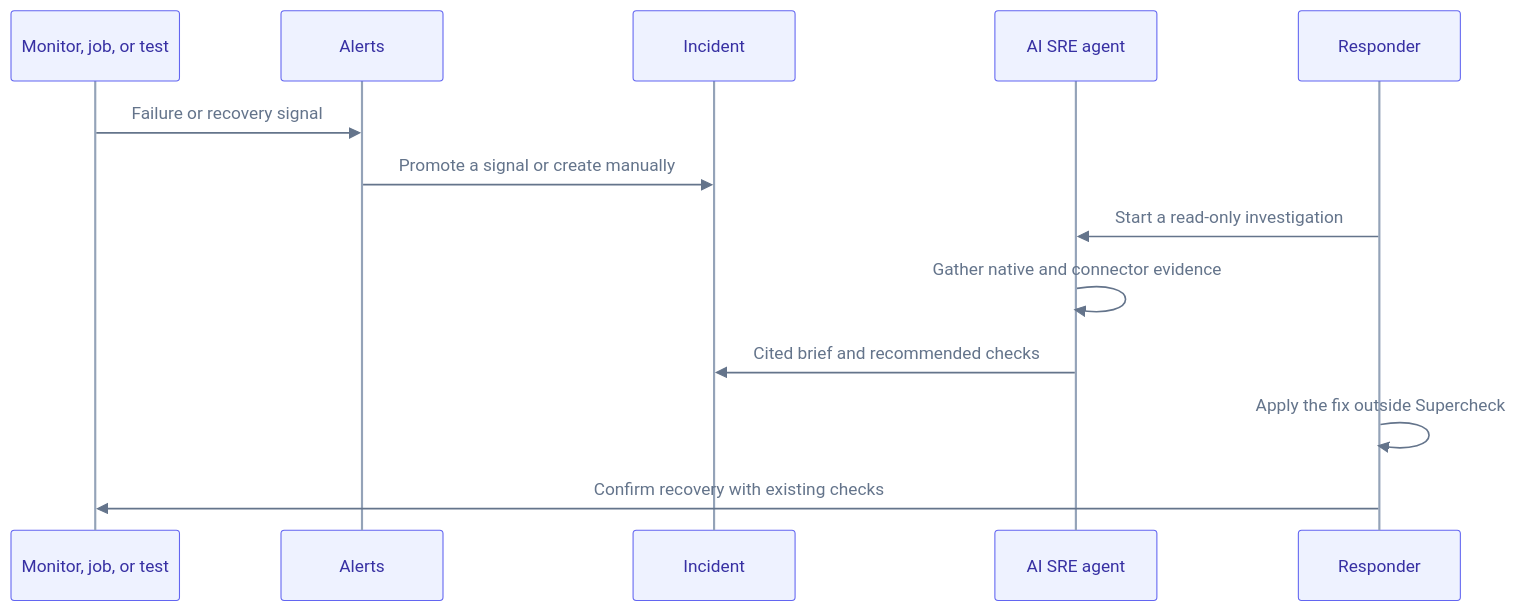
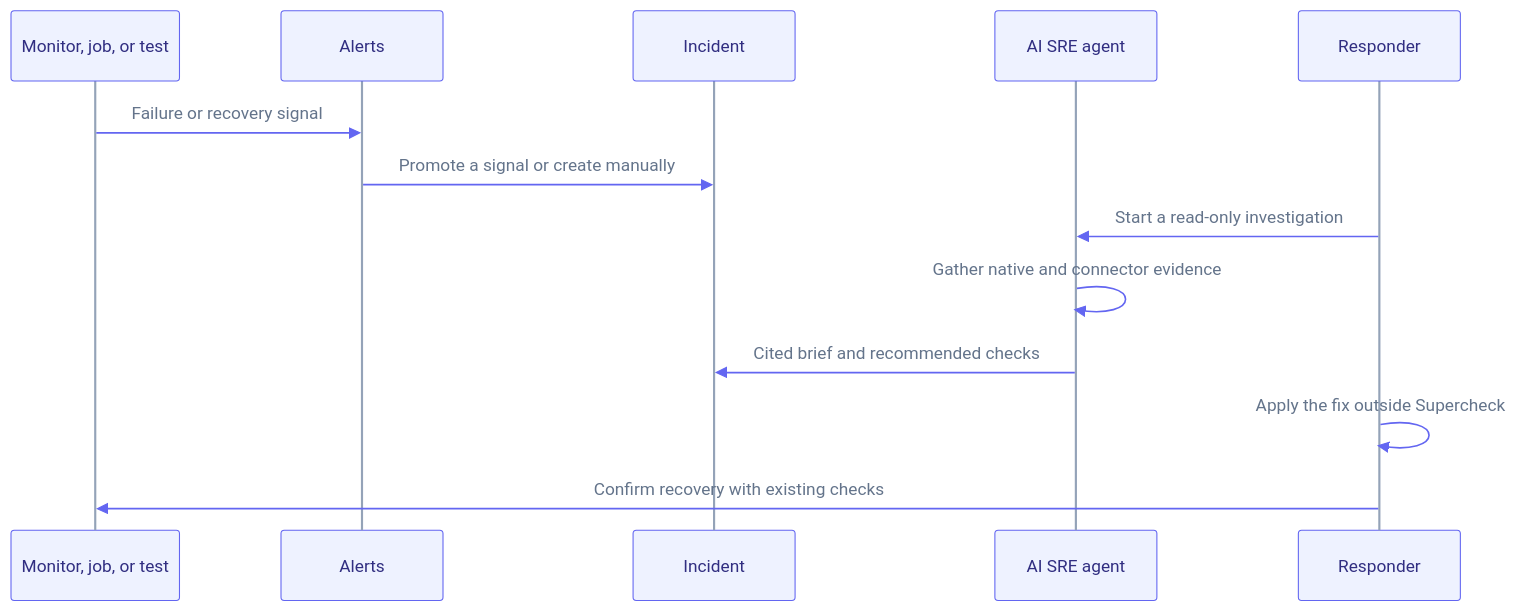
The second of 2 diagrams in docs/content/docs/app/investigate/index.mdx (supercheck-io/supercheck), drawn with Mermaid before and after one commit. The commit also changed other lines of this file and 17 other files, not shown here.

First line of the commit message:
docs: restore original colors, add AI SRE to architecture, reorganize + multi-color diagrams (#310)

````diff
--- a/docs/content/docs/app/investigate/index.mdx
+++ b/docs/content/docs/app/investigate/index.mdx
@@ -31,17 +31,17 @@
 ```mermaid
-%%{init: {"theme":"base","themeVariables":{"fontFamily":"ui-sans-serif, system-ui, -apple-system, Segoe UI, Roboto, sans-serif","primaryColor":"#eef2ff","primaryTextColor":"#3730a3","primaryBorderColor":"#6366f1","lineColor":"#94a3b8","secondaryColor":"#fffbeb","secondaryTextColor":"#92400e","secondaryBorderColor":"#f59e0b","tertiaryColor":"#ecfdf5","tertiaryTextColor":"#065f46","tertiaryBorderColor":"#10b981","clusterBkg":"#f8fafc","clusterBorder":"#cbd5e1","edgeLabelBackground":"#ffffff","actorBkg":"#eef2ff","actorBorder":"#6366f1","actorTextColor":"#3730a3","actorLineColor":"#94a3b8","signalColor":"#64748b","signalTextColor":"#64748b","labelBoxBkgColor":"#fffbeb","labelBoxBorderColor":"#f59e0b","labelTextColor":"#92400e","loopTextColor":"#64748b","activationBkgColor":"#ddd6fe","activationBorderColor":"#7c3aed","noteBkgColor":"#fef9c3","noteBorderColor":"#eab308","noteTextColor":"#713f12","textColor":"#475569","mainBkg":"#ffffff"}}}%%
+%%{init: {"theme":"base","themeVariables":{"fontFamily":"ui-sans-serif, system-ui, -apple-system, Segoe UI, Roboto, sans-serif","actorBkg":"#eef2ff","actorBorder":"#6366f1","actorTextColor":"#312e81","actorLineColor":"#94a3b8","signalColor":"#6366f1","signalTextColor":"#64748b","labelBoxBkgColor":"#fef3c7","labelBoxBorderColor":"#d97706","labelTextColor":"#78350f","loopTextColor":"#64748b","activationBkgColor":"#ddd6fe","activationBorderColor":"#7c3aed","noteBkgColor":"#fef3c7","noteBorderColor":"#d97706","noteTextColor":"#78350f","textColor":"#64748b","lineColor":"#94a3b8","mainBkg":"transparent"}}}%%
 sequenceDiagram
     participant Check as Monitor, job, or test
     participant Alert as Alerts
     participant Incident as Incident
     participant Agent as AI SRE agent
     participant Human as Responder
 
     Check->>Alert: Failure or recovery signal
     Alert->>Incident: Promote a signal or create manually
     Human->>Agent: Start a read-only investigation
     Agent->>Agent: Gather native and connector evidence
     Agent->>Incident: Cited brief and recommended checks
     Human->>Human: Apply the fix outside Supercheck
     Human->>Check: Confirm recovery with existing checks
 ```
````
